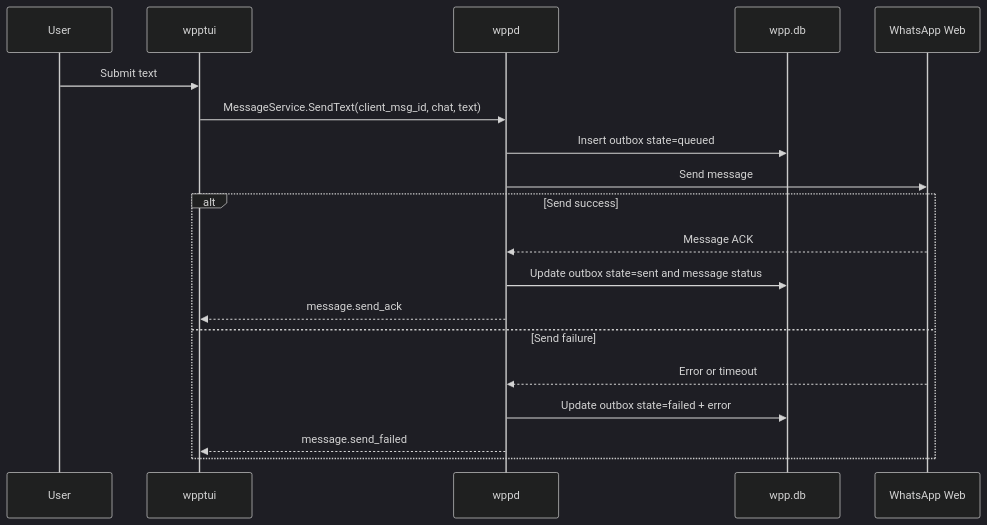
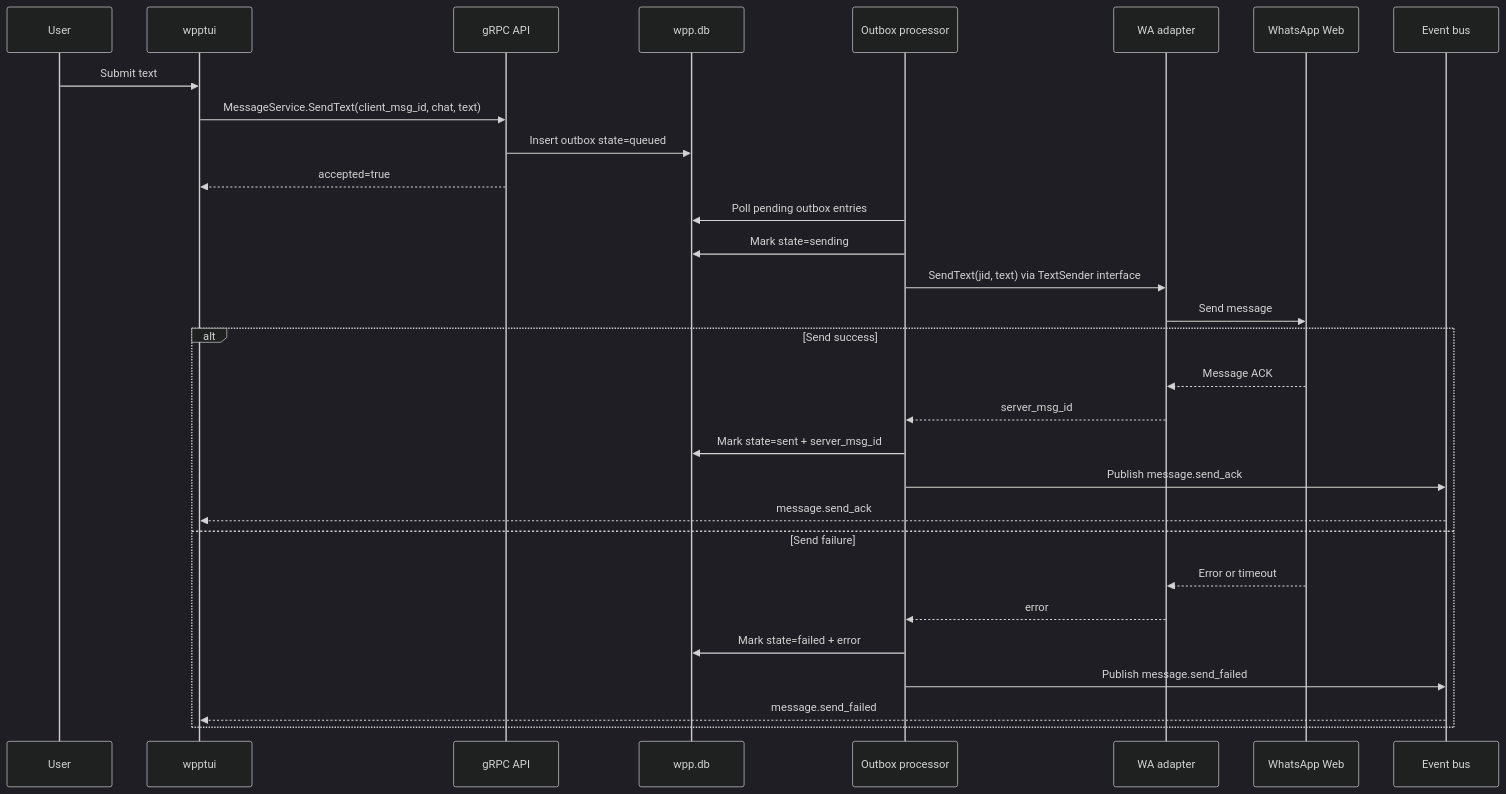
Before and after one commit to matheus3301/wpp: the eighth of 9 diagrams in .context/ARCHITECTURE.md, drawn with Mermaid (dark theme). The commit also changed other lines of this file and 12 other files, not shown here.

Commit message:
feat: fixing focus on tui to avoid shortcuts to be more prioritized than an input, implementing the send message feature using outbox pattern, daemon starts with the tui if not running

````diff
--- a/.context/ARCHITECTURE.md
+++ b/.context/ARCHITECTURE.md
@@ -295,22 +300,33 @@
 ```mermaid
 sequenceDiagram
     participant U as User
     participant T as wpptui
-    participant D as wppd
+    participant API as gRPC API
     participant DB as wpp.db
+    participant OB as Outbox processor
+    participant WA as WA adapter
     participant W as WhatsApp Web
+    participant B as Event bus
 
     U->>T: Submit text
-    T->>D: MessageService.SendText(client_msg_id, chat, text)
-    D->>DB: Insert outbox state=queued
-    D->>W: Send message
+    T->>API: MessageService.SendText(client_msg_id, chat, text)
+    API->>DB: Insert outbox state=queued
+    API-->>T: accepted=true
+    OB->>DB: Poll pending outbox entries
+    OB->>DB: Mark state=sending
+    OB->>WA: SendText(jid, text) via TextSender interface
+    WA->>W: Send message
     alt Send success
-        W-->>D: Message ACK
-        D->>DB: Update outbox state=sent and message status
-        D-->>T: message.send_ack
+        W-->>WA: Message ACK
+        WA-->>OB: server_msg_id
+        OB->>DB: Mark state=sent + server_msg_id
+        OB->>B: Publish message.send_ack
+        B-->>T: message.send_ack
     else Send failure
-        W-->>D: Error or timeout
-        D->>DB: Update outbox state=failed + error
-        D-->>T: message.send_failed
+        W-->>WA: Error or timeout
+        WA-->>OB: error
+        OB->>DB: Mark state=failed + error
+        OB->>B: Publish message.send_failed
+        B-->>T: message.send_failed
     end
 ```
````
